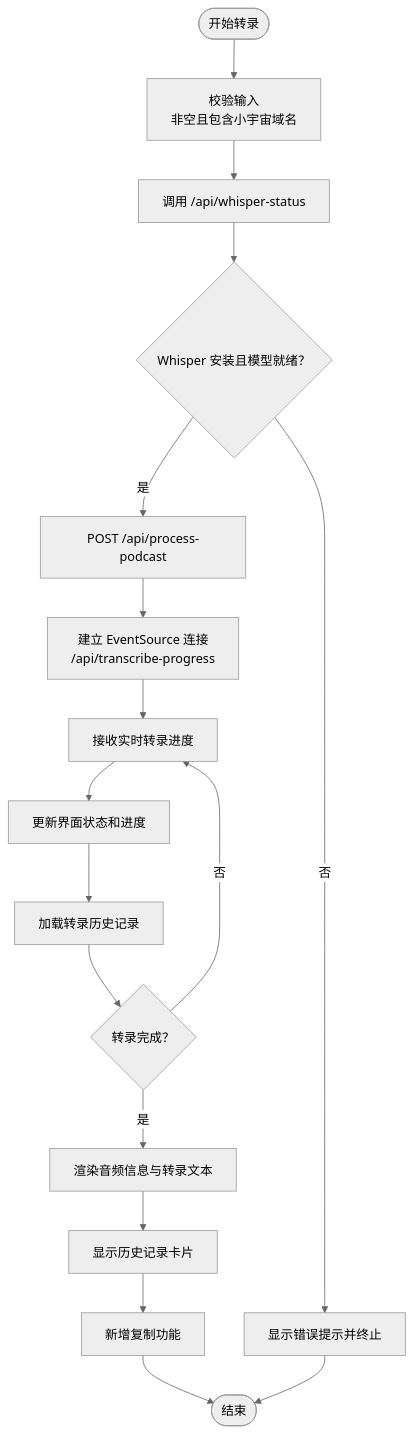
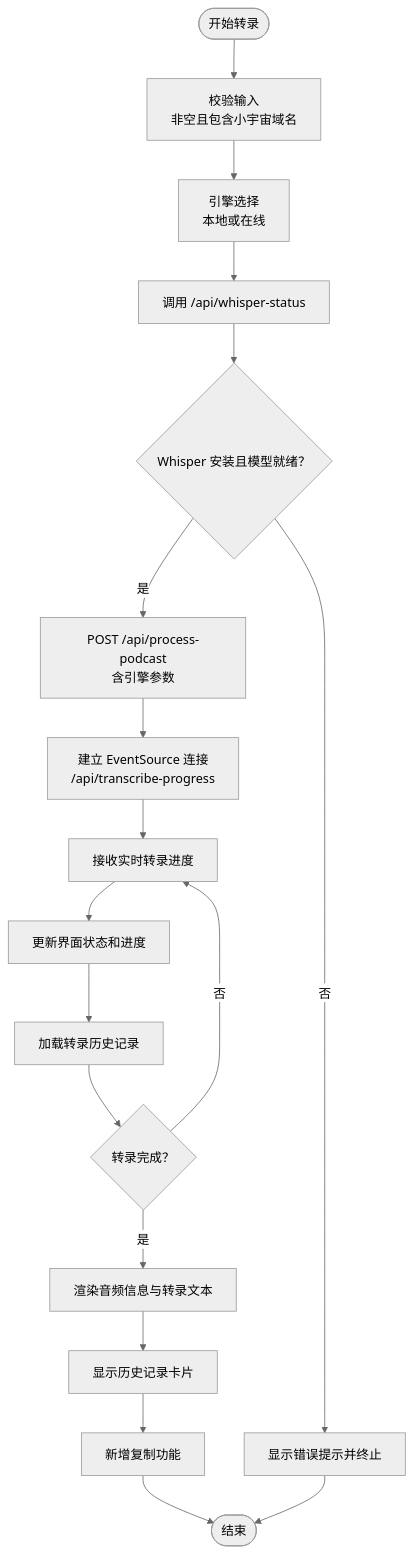
Before and after one commit to clawbotai/memo-flow: the fifth of 22 diagrams in .qoder/repowiki/zh/content/核心功能模块/播客转录功能.md, drawn with Mermaid (neutral theme). The commit also changed other lines of this file and 4 other files, not shown here.

````diff
--- a/.qoder/repowiki/zh/content/核心功能模块/播客转录功能.md
+++ b/.qoder/repowiki/zh/content/核心功能模块/播客转录功能.md
@@ -270,19 +304,20 @@
 ```mermaid
 flowchart TD
 Start(["开始转录"]) --> Validate["校验输入<br/>非空且包含小宇宙域名"]
-Validate --> StatusCheck["调用 /api/whisper-status"]
+Validate --> EngineSelect["引擎选择<br/>本地或在线"]
+EngineSelect --> StatusCheck["调用 /api/whisper-status"]
 StatusCheck --> StatusOK{"Whisper 安装且模型就绪？"}
 StatusOK --> |否| ShowError["显示错误提示并终止"]
-StatusOK --> |是| CallAPI["POST /api/process-podcast"]
+StatusOK --> |是| CallAPI["POST /api/process-podcast<br/>含引擎参数"]
 CallAPI --> CreateES["建立 EventSource 连接<br/>/api/transcribe-progress"]
 CreateES --> ReceiveProgress["接收实时转录进度"]
 ReceiveProgress --> UpdateUI["更新界面状态和进度"]
 UpdateUI --> LoadHistory["加载转录历史记录"]
 LoadHistory --> Complete{"转录完成？"}
 Complete --> |否| ReceiveProgress
 Complete --> |是| RenderResult["渲染音频信息与转录文本"]
 RenderResult --> ShowHistory["显示历史记录卡片"]
 ShowHistory --> CopyFeature["新增复制功能"]
 CopyFeature --> End(["结束"])
 ShowError --> End
 ```
````
